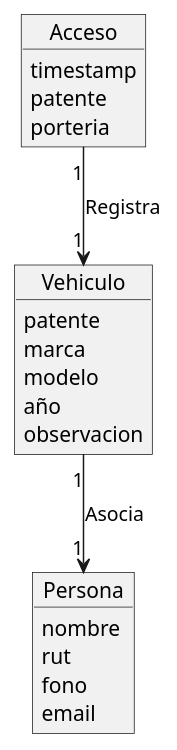
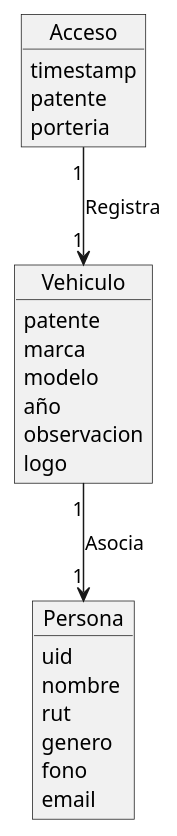
The diagram in domain-diagram.plantuml (patoarayas/ucn-parking), drawn with PlantUML before and after one commit. The commit also changed 1 other file, not shown here.

Commit message:
docs(uml): update diagrams

```diff
--- a/domain-diagram.plantuml
+++ b/domain-diagram.plantuml
@@ -1,27 +1,29 @@
 @startuml diagram
 
 object Persona {
+ uid
  nombre
  rut
+ genero
  fono
  email
 }
 
 object Vehiculo {
  patente
  marca
  modelo
  año
  observacion
-
+ logo
 }
 
 object Acceso {
  timestamp
  patente
  porteria
 }
 
 Acceso "1" --> "1" Vehiculo: Registra
 Vehiculo "1" --> "1" Persona: Asocia
 @enduml
```
